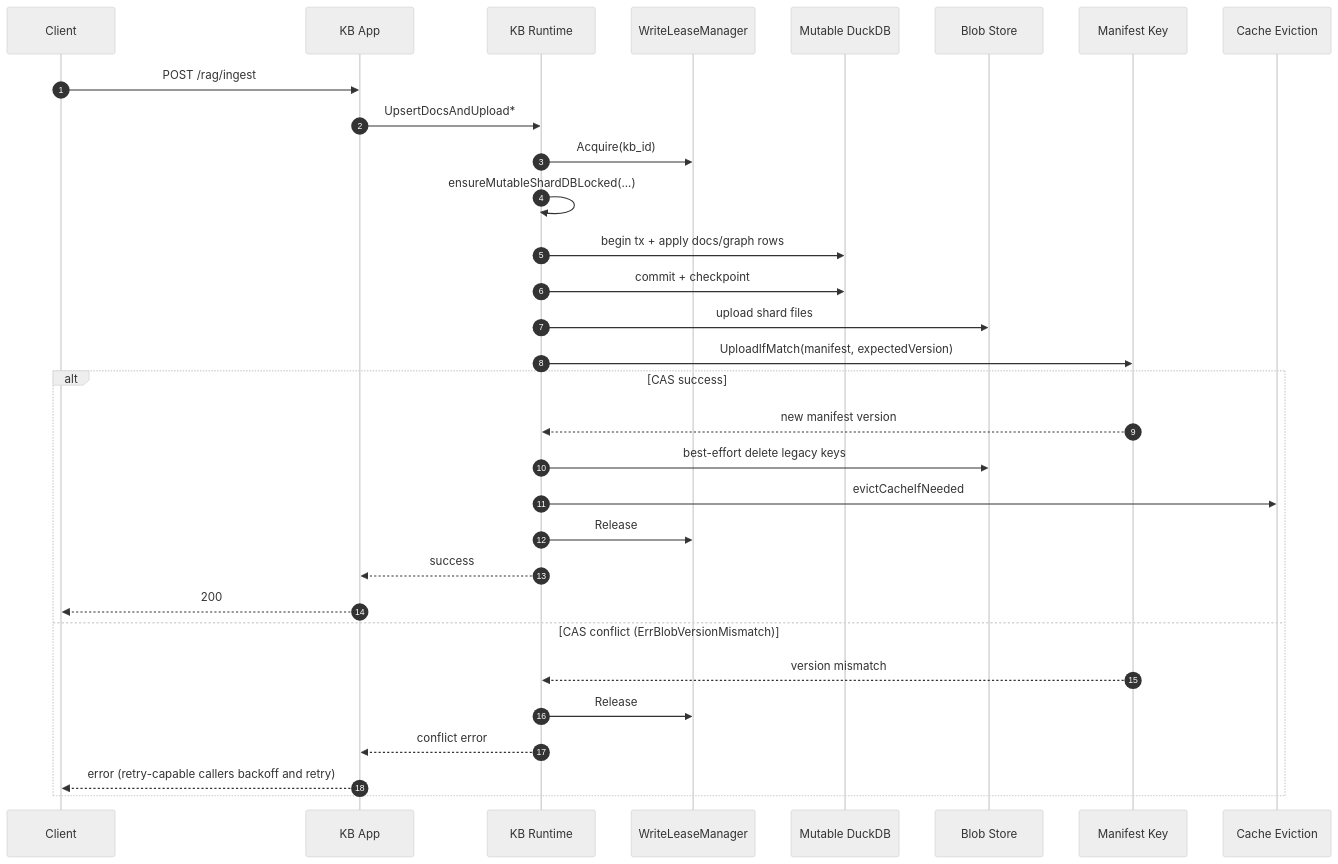
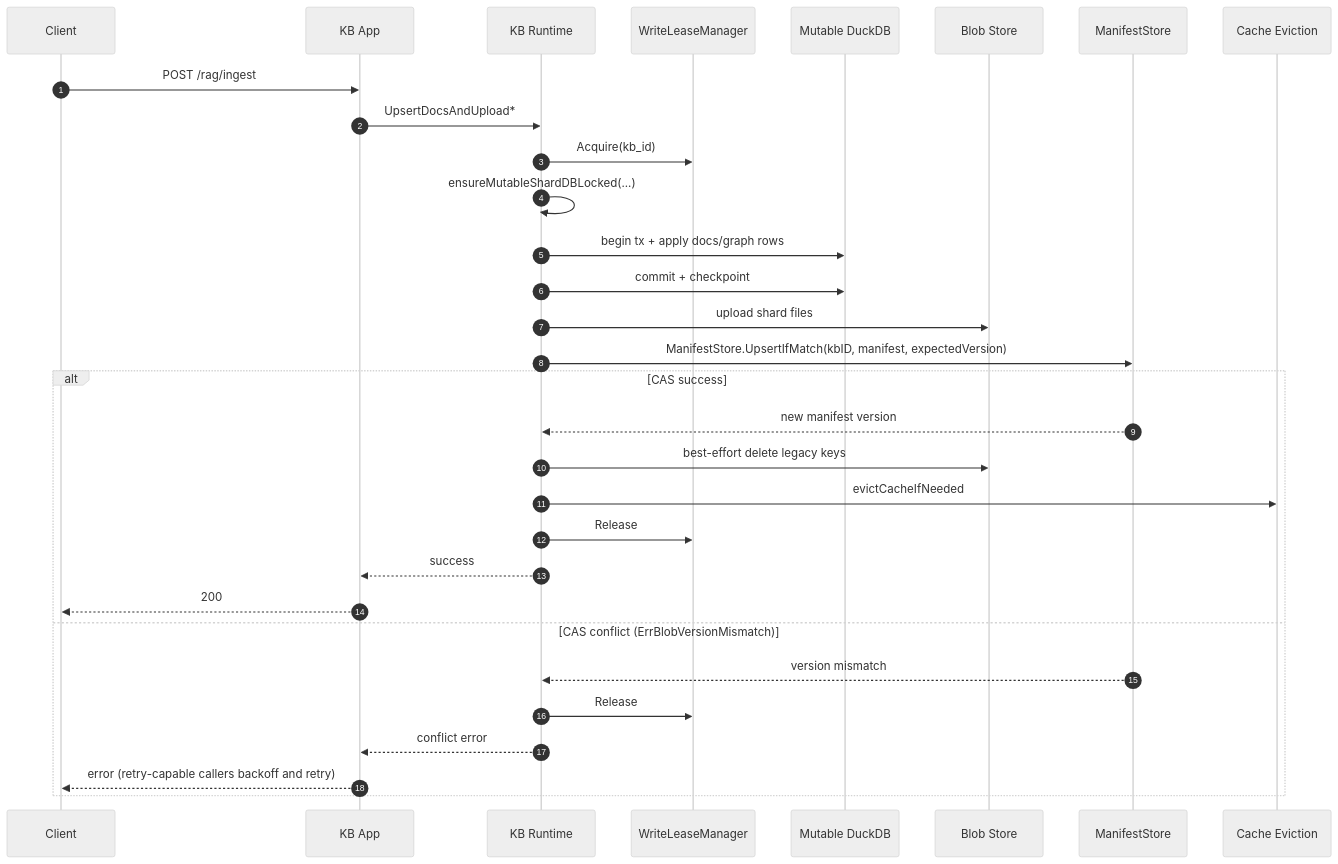
Before and after one commit to mikills/minnow: the second of 4 diagrams in docs/architecture.md, drawn with Mermaid (neutral theme). The commit also changed other lines of this file and 2 other files, not shown here.

Commit message:
Update docs for manifest store

````diff
--- a/docs/architecture.md
+++ b/docs/architecture.md
@@ -32,34 +32,34 @@
 ```mermaid
 sequenceDiagram
     autonumber
     participant C as Client
     participant A as KB App
     participant K as KB Runtime
     participant L as WriteLeaseManager
     participant D as Mutable DuckDB
     participant B as Blob Store
-    participant M as Manifest Key
+    participant M as ManifestStore
     participant E as Cache Eviction
 
     C->>A: POST /rag/ingest
     A->>K: UpsertDocsAndUpload*
     K->>L: Acquire(kb_id)
     K->>K: ensureMutableShardDBLocked(...)
     K->>D: begin tx + apply docs/graph rows
     K->>D: commit + checkpoint
     K->>B: upload shard files
-    K->>M: UploadIfMatch(manifest, expectedVersion)
+    K->>M: ManifestStore.UpsertIfMatch(kbID, manifest, expectedVersion)
     alt CAS success
         M-->>K: new manifest version
         K->>B: best-effort delete legacy keys
         K->>E: evictCacheIfNeeded
         K->>L: Release
         K-->>A: success
         A-->>C: 200
     else CAS conflict (ErrBlobVersionMismatch)
         M-->>K: version mismatch
         K->>L: Release
         K-->>A: conflict error
         A-->>C: error (retry-capable callers backoff and retry)
     end
 ```
````
